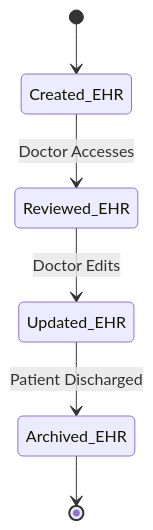
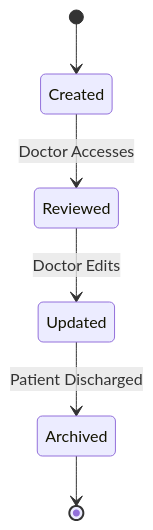
One commit to glory-kasongo-03/Doctor_appointment_booking_system changed the fifth of 8 diagrams in State Transition Diagrams.md. Above: the diagram before and after it, drawn with Mermaid. The commit also changed other lines of this file, not shown here.

Commit message:
Update State Transition Diagrams.md

````diff
--- a/State Transition Diagrams.md
+++ b/State Transition Diagrams.md
@@ -56,9 +52,8 @@
 ```mermaid
 stateDiagram-v2
-    %% Initial state
-    [*] --> Created_EHR
-    Created_EHR --> Reviewed_EHR : Doctor Accesses
-    Reviewed_EHR --> Updated_EHR : Doctor Edits
-    Updated_EHR --> Archived_EHR : Patient Discharged
-    Archived_EHR --> [*]
+    [*] --> Created
+    Created --> Reviewed : Doctor Accesses
+    Reviewed --> Updated : Doctor Edits
+    Updated --> Archived : Patient Discharged
+    Archived --> [*]
 ```
````
